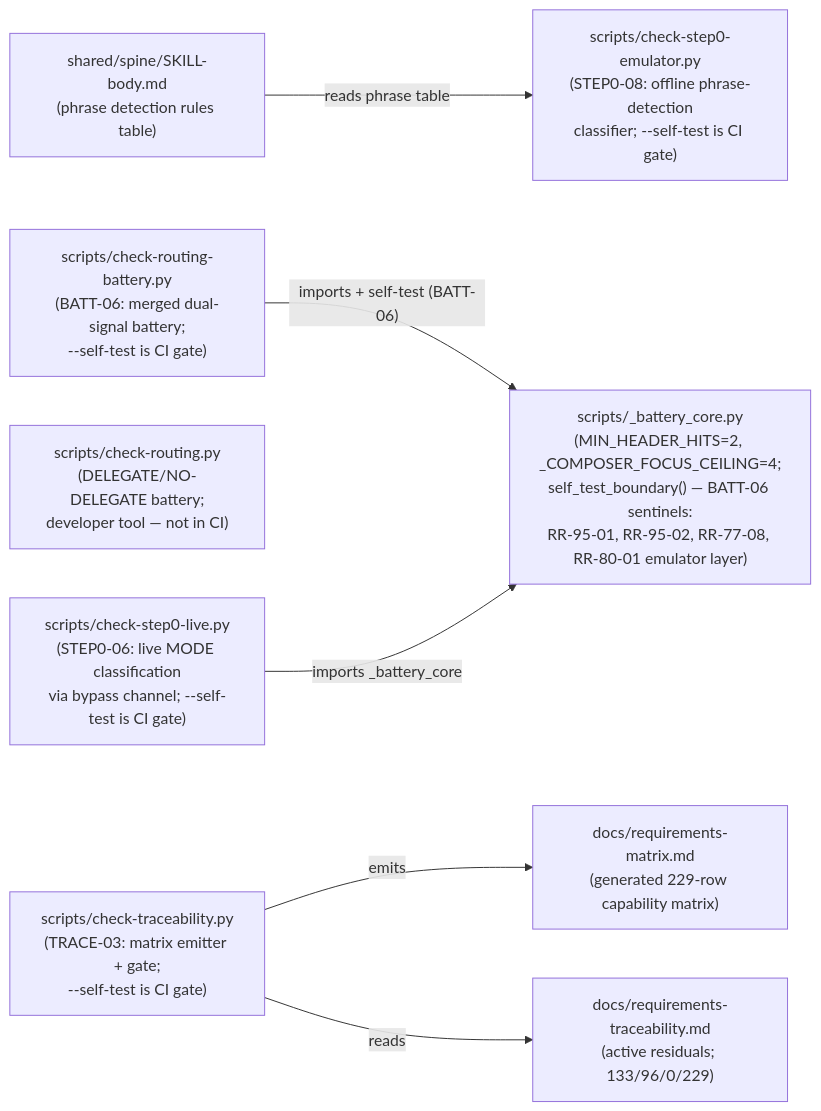
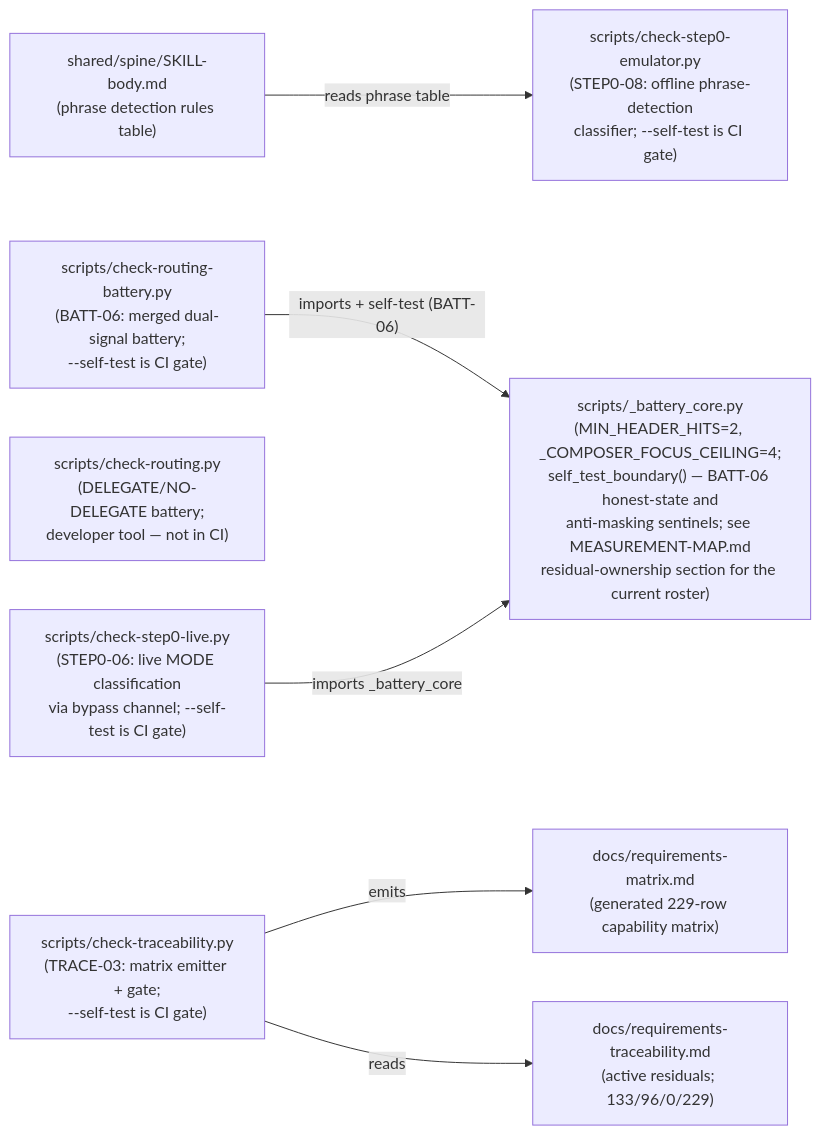
Before and after one commit to chrisdavidson/first-principles-skill: the second of 2 diagrams in docs/COMPONENT-DIAGRAM.md, drawn with Mermaid.

Commit message:
fix(140): WR-05 replace superseded sentinel IDs (RR-95-01/02) with altitude label pointing at MEASUREMENT-MAP roster

````diff
--- a/docs/COMPONENT-DIAGRAM.md
+++ b/docs/COMPONENT-DIAGRAM.md
@@ -81,24 +81,24 @@
 ```mermaid
 flowchart LR
     SKILLBODY["shared/spine/SKILL-body.md\n(phrase detection rules table)"]
 
-    CORE["scripts/_battery_core.py\n(MIN_HEADER_HITS=2, _COMPOSER_FOCUS_CEILING=4;\nself_test_boundary() — BATT-06 sentinels:\nRR-95-01, RR-95-02, RR-77-08, RR-80-01 emulator layer)"]
+    CORE["scripts/_battery_core.py\n(MIN_HEADER_HITS=2, _COMPOSER_FOCUS_CEILING=4;\nself_test_boundary() — BATT-06 honest-state and\nanti-masking sentinels; see MEASUREMENT-MAP.md\nresidual-ownership section for the current roster)"]
 
     BATT["scripts/check-routing-battery.py\n(BATT-06: merged dual-signal battery;\n--self-test is CI gate)"]
     ROUTING["scripts/check-routing.py\n(DELEGATE/NO-DELEGATE battery;\ndeveloper tool — not in CI)"]
 
     EMU["scripts/check-step0-emulator.py\n(STEP0-08: offline phrase-detection\nclassifier; --self-test is CI gate)"]
     LIVE["scripts/check-step0-live.py\n(STEP0-06: live MODE classification\nvia bypass channel; --self-test is CI gate)"]
 
     TRACE["scripts/check-traceability.py\n(TRACE-03: matrix emitter + gate;\n--self-test is CI gate)"]
     MATRIX["docs/requirements-matrix.md\n(generated 229-row capability matrix)"]
     TRACEABILITY["docs/requirements-traceability.md\n(active residuals; 133/96/0/229)"]
 
     SKILLBODY -->|"reads phrase table"| EMU
 
     BATT -->|"imports + self-test (BATT-06)"| CORE
     LIVE -->|"imports _battery_core"| CORE
 
     TRACE -->|"emits"| MATRIX
     TRACE -->|"reads"| TRACEABILITY
 ```
````
